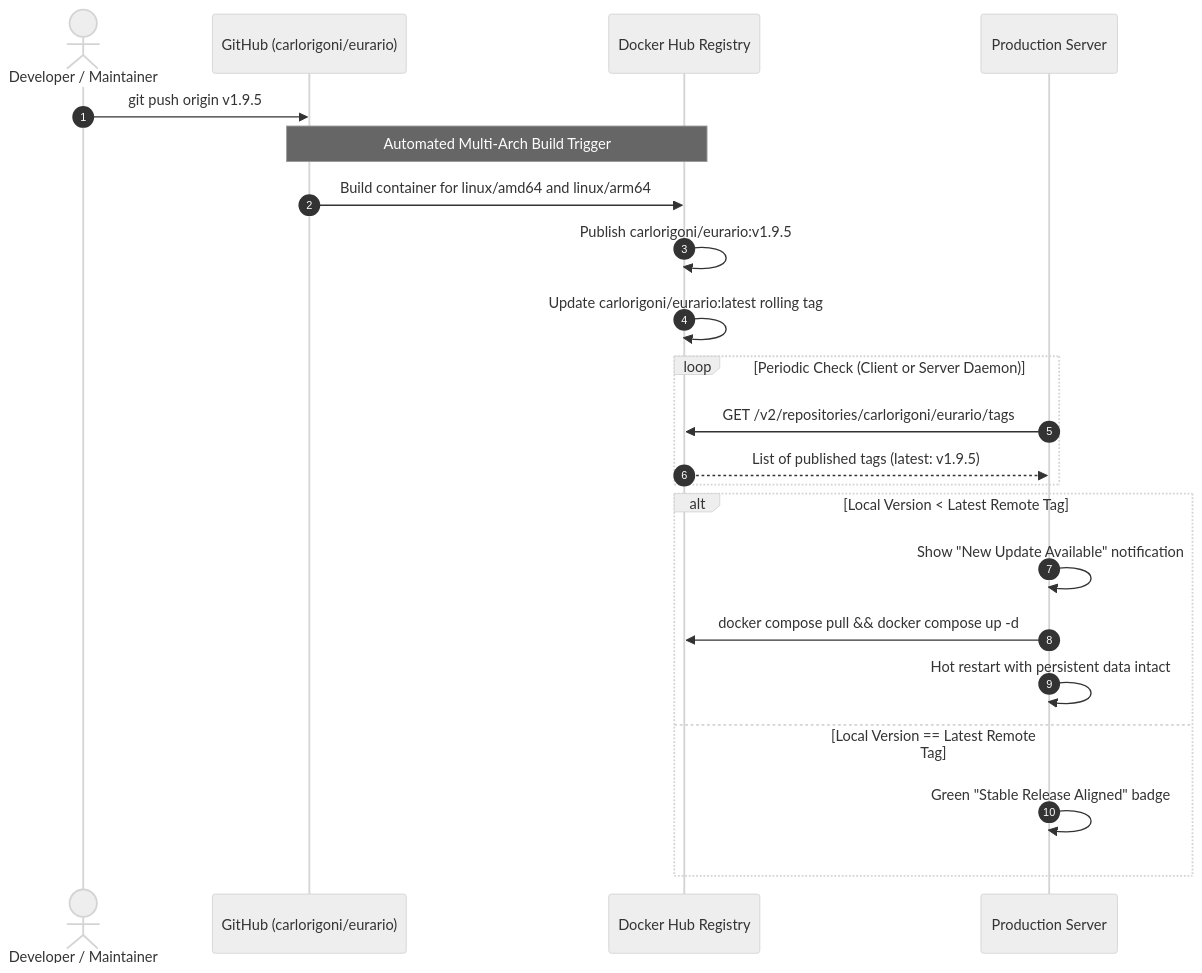
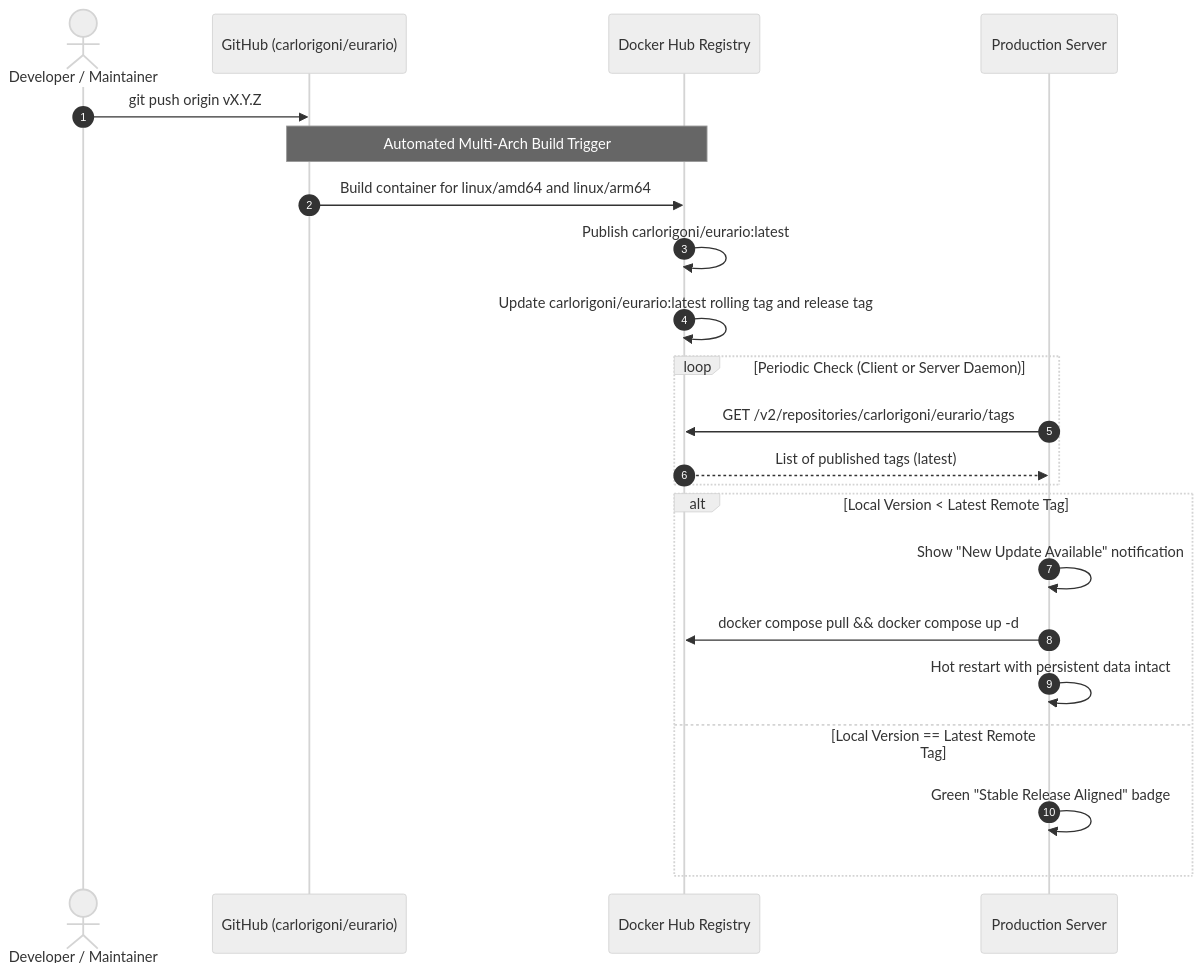
Before and after one commit to carlorigoni/eurario: the third of 4 diagrams in docs/en/architecture.md, drawn with Mermaid (neutral theme). The commit also changed 7 other files, not shown here.

````diff
--- a/docs/en/architecture.md
+++ b/docs/en/architecture.md
@@ -160,27 +160,27 @@
 ```mermaid
 sequenceDiagram
     autonumber
     actor Dev as Developer / Maintainer
     participant Git as GitHub (carlorigoni/eurario)
     participant Hub as Docker Hub Registry
     participant Prod as Production Server
 
-    Dev->>Git: git push origin v1.9.5
+    Dev->>Git: git push origin vX.Y.Z
     Note over Git,Hub: Automated Multi-Arch Build Trigger
     Git->>Hub: Build container for linux/amd64 and linux/arm64
-    Hub->>Hub: Publish carlorigoni/eurario:v1.9.5
-    Hub->>Hub: Update carlorigoni/eurario:latest rolling tag
+    Hub->>Hub: Publish carlorigoni/eurario:latest
+    Hub->>Hub: Update carlorigoni/eurario:latest rolling tag and release tag
 
     loop Periodic Check (Client or Server Daemon)
         Prod->>Hub: GET /v2/repositories/carlorigoni/eurario/tags
-        Hub-->>Prod: List of published tags (latest: v1.9.5)
+        Hub-->>Prod: List of published tags (latest)
     end
 
     alt Local Version < Latest Remote Tag
         Prod->>Prod: Show "New Update Available" notification
         Prod->>Hub: docker compose pull && docker compose up -d
         Prod->>Prod: Hot restart with persistent data intact
     else Local Version == Latest Remote Tag
         Prod->>Prod: Green "Stable Release Aligned" badge
     end
 ```
````
